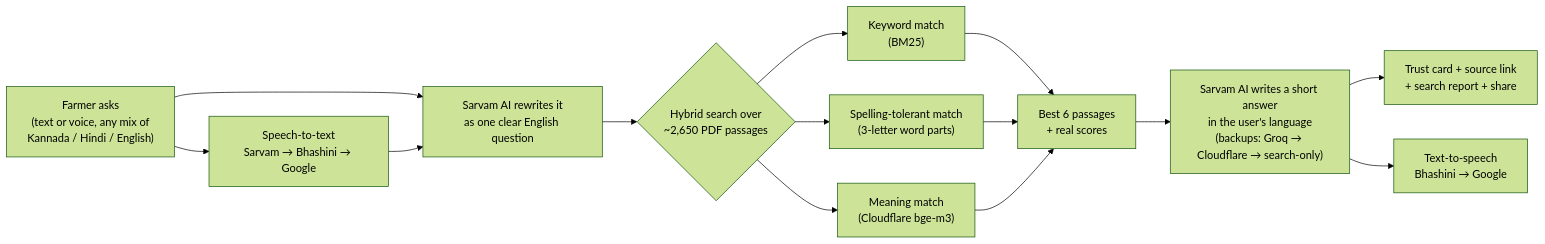
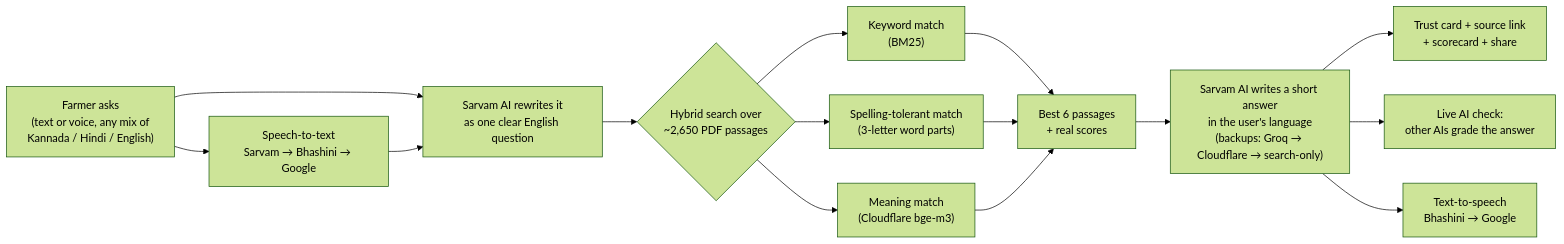
The first of 2 diagrams in README.md (Anadijain1234/Sahakar-Sahayak), drawn with Mermaid (forest theme) before and after one commit. The commit also changed other lines of this file and 20 other files, not shown here.

Commit message:
Live AI check, scorecards in database, clear names, clean UI

````diff
--- a/README.md
+++ b/README.md
@@ -43,14 +62,15 @@
 ```mermaid
 flowchart LR
     A["Farmer asks<br/>(text or voice, any mix of<br/>Kannada / Hindi / English)"] --> B["Speech-to-text<br/>Sarvam → Bhashini → Google"]
     A --> C
     B --> C["Sarvam AI rewrites it<br/>as one clear English question"]
     C --> D{"Hybrid search over<br/>~2,650 PDF passages"}
     D --> D1["Keyword match<br/>(BM25)"]
     D --> D2["Spelling-tolerant match<br/>(3-letter word parts)"]
     D --> D3["Meaning match<br/>(Cloudflare bge-m3)"]
     D1 & D2 & D3 --> E["Best 6 passages<br/>+ real scores"]
     E --> F["Sarvam AI writes a short answer<br/>in the user's language<br/>(backups: Groq → Cloudflare → search-only)"]
-    F --> G["Trust card + source link<br/>+ search report + share"]
+    F --> G["Trust card + source link<br/>+ scorecard + share"]
+    F --> J["Live AI check:<br/>other AIs grade the answer"]
     F --> H["Text-to-speech<br/>Bhashini → Google"]
 ```
````
